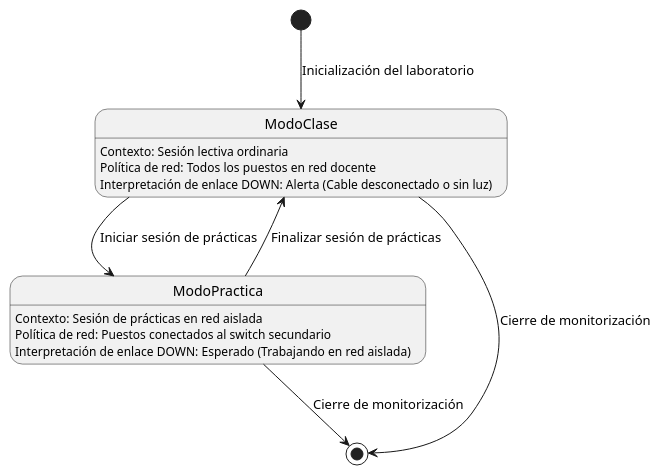
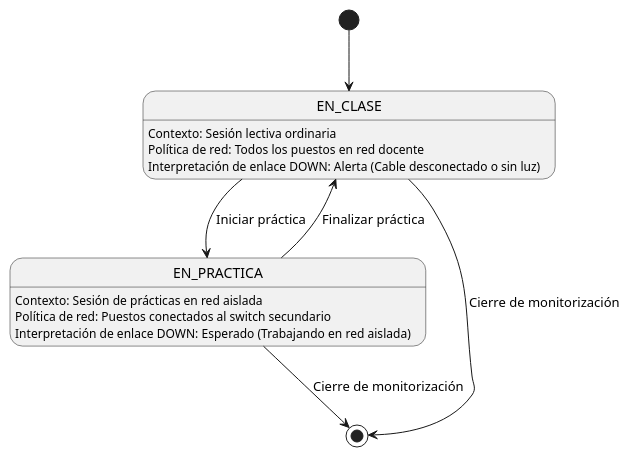
Before and after one commit to Carlos-Lima2510/mesh-panel: the diagram in RUP/00-casos-uso/00-modelo-del-dominio/diagrama-estados/diagrama-estados-laboratorio.puml, drawn with PlantUML. The commit also changed 2 other files, not shown here.

Commit message:
refactor: Update class and state diagrams for consistency and clarity

```diff
--- a/RUP/00-casos-uso/00-modelo-del-dominio/diagrama-estados/diagrama-estados-laboratorio.puml
+++ b/RUP/00-casos-uso/00-modelo-del-dominio/diagrama-estados/diagrama-estados-laboratorio.puml
@@ -1,24 +1,24 @@
 @startuml diagrama-estados-laboratorio
 
-[*] --> ModoClase : Inicialización del laboratorio
+[*] --> EN_CLASE 
 
-state ModoClase {
-    ModoClase : Contexto: Sesión lectiva ordinaria
-    ModoClase : Política de red: Todos los puestos en red docente
-    ModoClase : Interpretación de enlace DOWN: Alerta (Cable desconectado o sin luz)
+state EN_CLASE {
+    EN_CLASE : Contexto: Sesión lectiva ordinaria
+    EN_CLASE : Política de red: Todos los puestos en red docente
+    EN_CLASE : Interpretación de enlace DOWN: Alerta (Cable desconectado o sin luz)
 }
 
-state ModoPractica {
-    ModoPractica : Contexto: Sesión de prácticas en red aislada
-    ModoPractica : Política de red: Puestos conectados al switch secundario
-    ModoPractica : Interpretación de enlace DOWN: Esperado (Trabajando en red aislada)
+state EN_PRACTICA {
+    EN_PRACTICA : Contexto: Sesión de prácticas en red aislada
+    EN_PRACTICA : Política de red: Puestos conectados al switch secundario
+    EN_PRACTICA : Interpretación de enlace DOWN: Esperado (Trabajando en red aislada)
 }
 
-ModoClase --> ModoPractica : Iniciar sesión de prácticas
+EN_CLASE --> EN_PRACTICA : Iniciar práctica
 
-ModoPractica --> ModoClase : Finalizar sesión de prácticas
+EN_PRACTICA --> EN_CLASE : Finalizar práctica
 
-ModoClase --> [*] : Cierre de monitorización
-ModoPractica --> [*] : Cierre de monitorización
+EN_CLASE --> [*] : Cierre de monitorización
+EN_PRACTICA --> [*] : Cierre de monitorización
 
 @enduml
```
